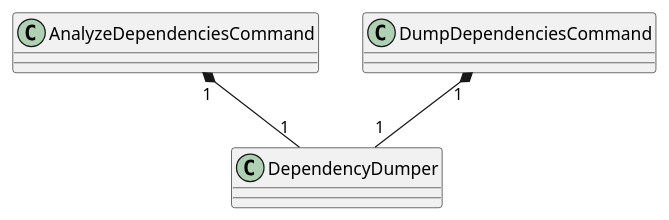
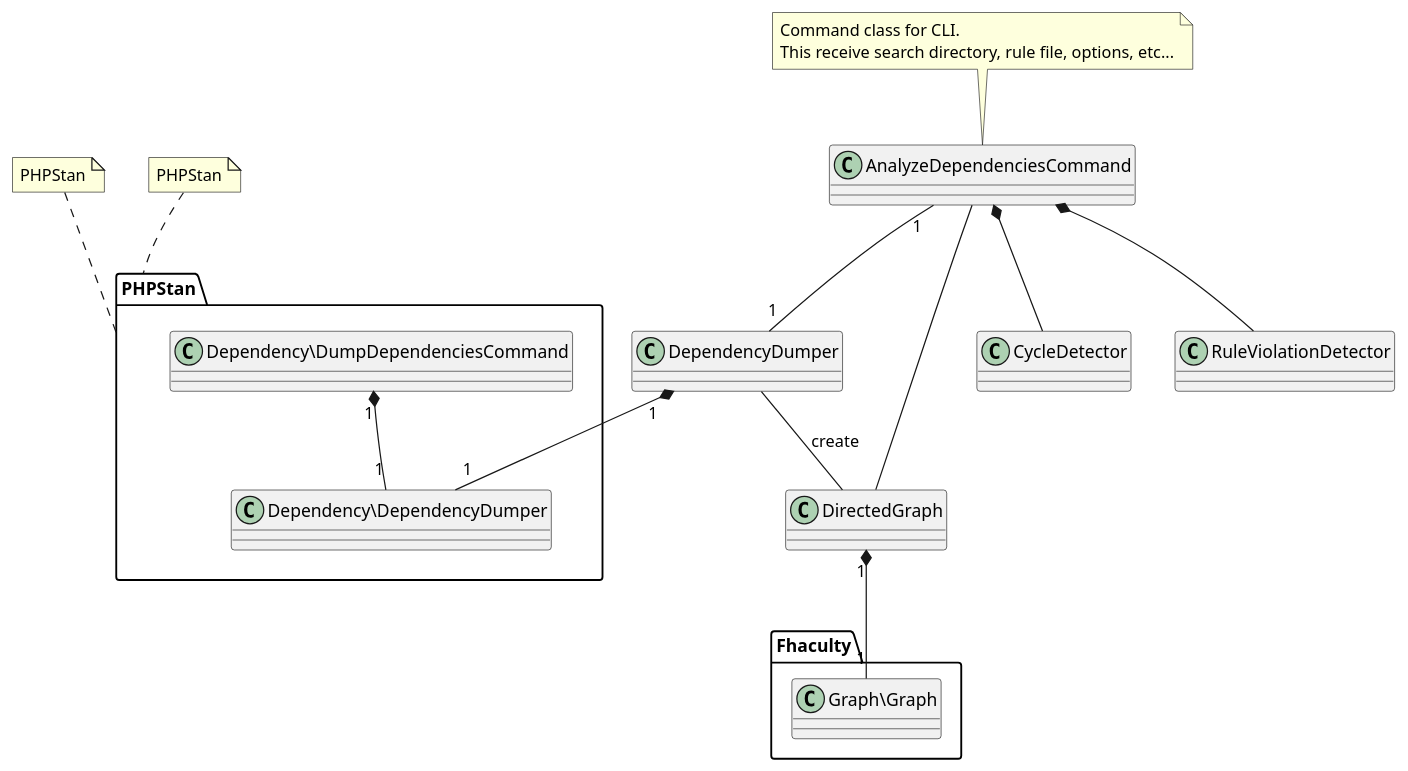
One commit to nazonohito51/dependency-analyzer changed the diagram in doc/class.puml. Above: the diagram before and after it, drawn with PlantUML.

Commit message:
update class diagram

```diff
--- a/doc/class.puml
+++ b/doc/class.puml
@@ -1,65 +1,105 @@
 @startuml
 class AnalyzeDependenciesCommand {
-}
-
-class DumpDependenciesCommand {
 }
 
 class DependencyDumper {
 }
 
-AnalyzeDependenciesCommand "1" *-- "1" DependencyDumper
-DumpDependenciesCommand "1" *-- "1" DependencyDumper
+class DirectedGraph {
+}
+
+class CycleDetector {
+}
+
+class RuleViolationDetector {
+}
+
+note top of AnalyzeDependenciesCommand
+  Command class for CLI.
+  This receive search directory, rule file, options, etc...
+end note
+
+AnalyzeDependenciesCommand "1" -- "1" DependencyDumper
+AnalyzeDependenciesCommand -- DirectedGraph
+DependencyDumper -- DirectedGraph: create
+AnalyzeDependenciesCommand *-- CycleDetector
+AnalyzeDependenciesCommand *-- RuleViolationDetector
+
+namespace PHPStan {
+  class Dependency\DumpDependenciesCommand {
+  }
+
+  class Dependency\DependencyDumper {
+  }
+
+  .DependencyDumper "1" *-- "1" Dependency\DependencyDumper
+  Dependency\DumpDependenciesCommand "1" *-- "1" Dependency\DependencyDumper
+}
+
+note top of PHPStan
+  PHPStan
+end note
+
+namespace Fhaculty {
+  class Graph\Graph {
+  }
+
+  .DirectedGraph "1" *-- "1" Graph\Graph
+}
+
+note top of PHPStan
+  PHPStan
+end note
 
 /'
 class CollectionBuilder {
   - LogFile file
 }
 
 class ItemCollection {
   - array items
 }
 
 class View {
   - string dimensions
   - array columns
 }
 
 class SplFileObject {
 }
 
 class LogFile {
   - string path
   - ParserInterface parser
 }
 
 class Item {
   - LogFile file
   - int linePos
 }
 
 class ItemInterface {
 }
 
 class ApacheLogParser {
   - string format
 }
 
 class LtsvParser {
 }
 
 class ParserInterface {
 }
 
 CollectionBuilder ..> ItemCollection : create
 ItemCollection o-- Item
 Item <|.. ItemInterface
 Item "1..n" -- "1" LogFile
 ApacheLogParser <|.. ParserInterface
 LtsvParser <|.. ParserInterface
 LogFile <|-- SplFileObject
 LogFile "0..n" -- "1" ParserInterface
 ItemCollection <..> View : create
 '/
 
 @enduml
```
